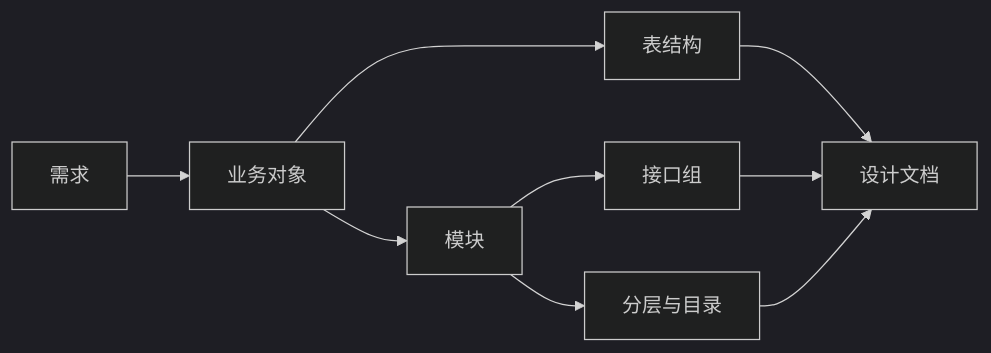
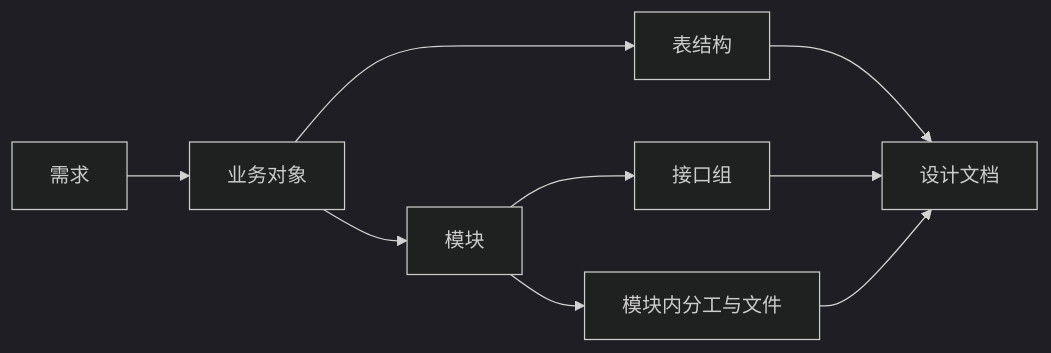
Before and after one commit to PrinZzzzjn/software-engineering-textbook: the first of 2 diagrams in 软件工程实践-2.0/04-软件设计与建模.md, drawn with Mermaid (dark theme). The commit also changed other lines of this file and 372 other files, not shown here.

````diff
--- a/软件工程实践-2.0/04-软件设计与建模.md
+++ b/软件工程实践-2.0/04-软件设计与建模.md
@@ -41,11 +41,11 @@
 ```mermaid
 flowchart LR
     R[需求] --> O[业务对象]
     O --> T[表结构]
     O --> M[模块]
     M --> I[接口组]
-    M --> L[分层与目录]
+    M --> L[模块内分工与文件]
     T --> D[设计文档]
     I --> D
     L --> D
 ```
````
